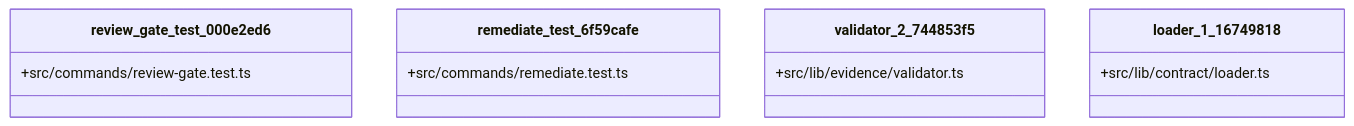
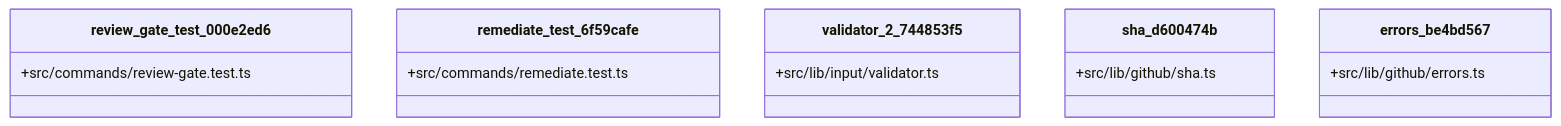
One commit to jscraik/coding-harness changed the third of 10 diagrams in AI/context/diagram-context.md. Above: the diagram before and after it, drawn with Mermaid. The commit also changed other lines of this file and 32 other files, not shown here.

````diff
--- a/AI/context/diagram-context.md
+++ b/AI/context/diagram-context.md
@@ -152,15 +189,18 @@
 ```mermaid
 classDiagram
   class review_gate_test_000e2ed6 {
     +src/commands/review-gate.test.ts
   }
   class remediate_test_6f59cafe {
     +src/commands/remediate.test.ts
   }
   class validator_2_744853f5 {
-    +src/lib/evidence/validator.ts
+    +src/lib/input/validator.ts
   }
-  class loader_1_16749818 {
-    +src/lib/contract/loader.ts
+  class sha_d600474b {
+    +src/lib/github/sha.ts
+  }
+  class errors_be4bd567 {
+    +src/lib/github/errors.ts
   }
 ```
````
